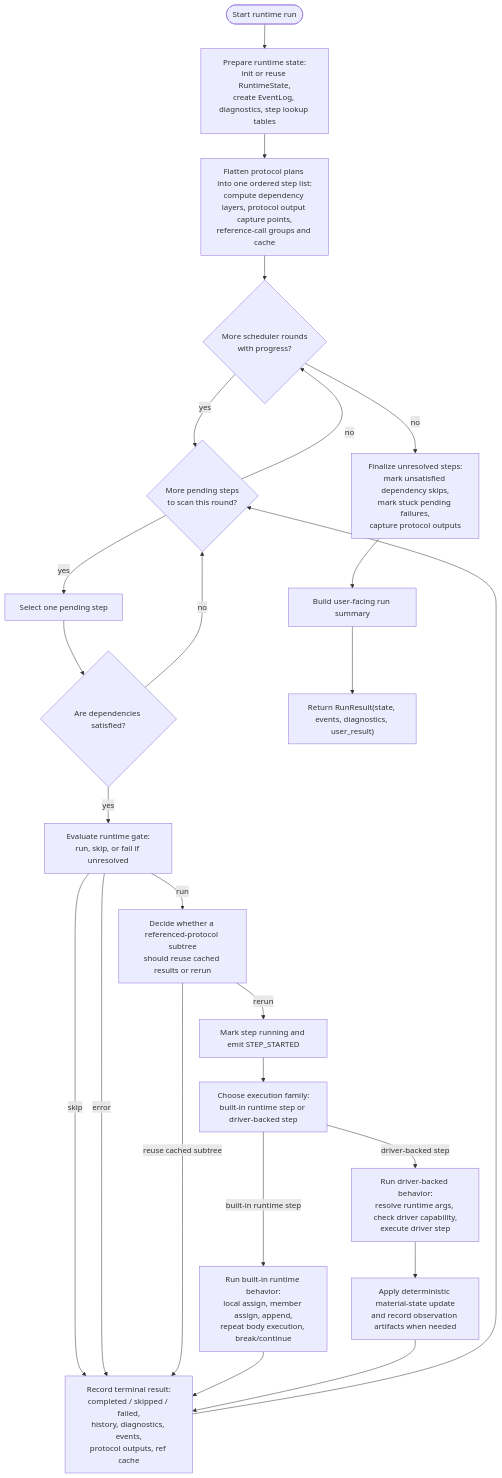
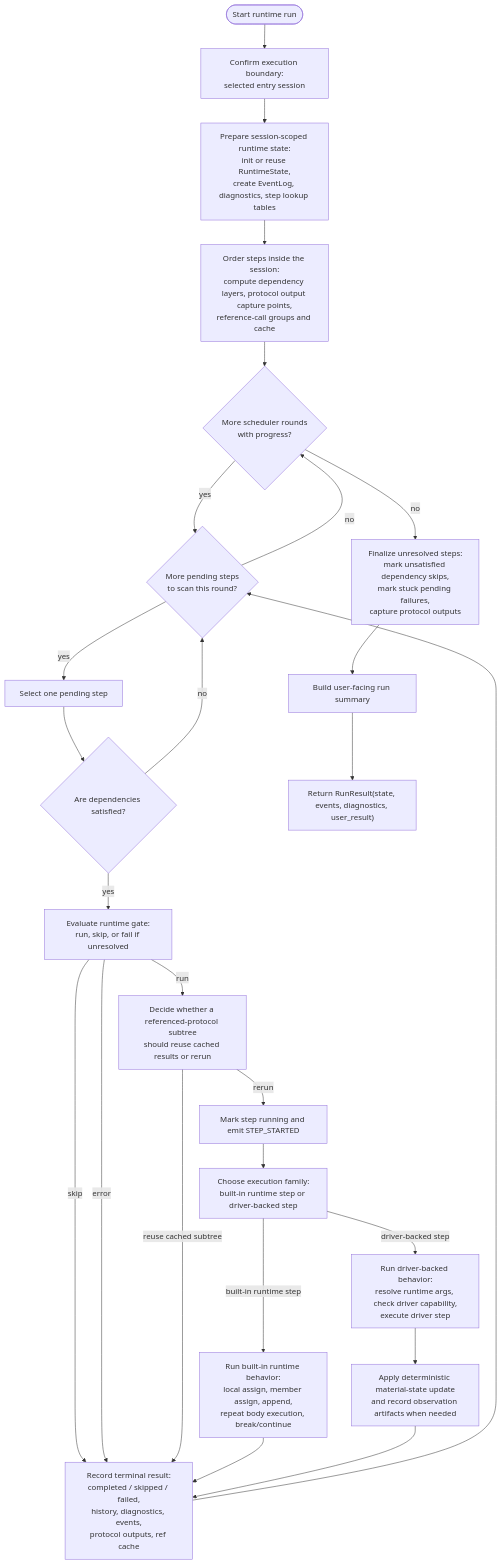
One commit to culsma/culsma changed the first of 7 diagrams in docs/architecture/runtime_module_diagrams.md. Above: the diagram before and after it, drawn with Mermaid. The commit also changed other lines of this file and 30 other files, not shown here.

Commit message:
feat: separate script entry execution

````diff
--- a/docs/architecture/runtime_module_diagrams.md
+++ b/docs/architecture/runtime_module_diagrams.md
@@ -43,46 +43,48 @@
 ```mermaid
 flowchart TB
     Start(["Start runtime run"])
-    Init["Prepare runtime state:<br/>init or reuse RuntimeState,<br/>create EventLog, diagnostics, step lookup tables"]
-    Order["Flatten protocol plans into one ordered step list:<br/>compute dependency layers, protocol output capture points,<br/>reference-call groups and cache"]
+    Boundary["Confirm execution boundary:<br/>selected entry session"]
+    Init["Prepare session-scoped runtime state:<br/>init or reuse RuntimeState,<br/>create EventLog, diagnostics, step lookup tables"]
+    Order["Order steps inside the session:<br/>compute dependency layers, protocol output capture points,<br/>reference-call groups and cache"]
     RoundLoop{"More scheduler rounds<br/>with progress?"}
     StepLoop{"More pending steps<br/>to scan this round?"}
     Select["Select one pending step"]
     Deps{"Are dependencies satisfied?"}
     Gate["Evaluate runtime gate:<br/>run, skip, or fail if unresolved"]
     Ref["Decide whether a referenced-protocol subtree<br/>should reuse cached results or rerun"]
     StartStep["Mark step running and emit STEP_STARTED"]
     Family["Choose execution family:<br/>built-in runtime step or driver-backed step"]
     BuiltIn["Run built-in runtime behavior:<br/>local assign, member assign, append,<br/>repeat body execution, break/continue"]
     DriverPath["Run driver-backed behavior:<br/>resolve runtime args, check driver capability,<br/>execute driver step"]
     Material["Apply deterministic material-state update<br/>and record observation artifacts when needed"]
     Finish["Record terminal result:<br/>completed / skipped / failed,<br/>history, diagnostics, events,<br/>protocol outputs, ref cache"]
     Finalize["Finalize unresolved steps:<br/>mark unsatisfied dependency skips,<br/>mark stuck pending failures,<br/>capture protocol outputs"]
     Build["Build user-facing run summary"]
     Return["Return RunResult(state, events, diagnostics, user_result)"]
 
-    Start --> Init
+    Start --> Boundary
+    Boundary --> Init
     Init --> Order
     Order --> RoundLoop
     RoundLoop -->|yes| StepLoop
     StepLoop -->|yes| Select
     Select --> Deps
     Deps -->|no| StepLoop
     Deps -->|yes| Gate
     Gate -->|skip| Finish
     Gate -->|error| Finish
     Gate -->|run| Ref
     Ref -->|reuse cached subtree| Finish
     Ref -->|rerun| StartStep
     StartStep --> Family
     Family -->|built-in runtime step| BuiltIn
     Family -->|driver-backed step| DriverPath
     BuiltIn --> Finish
     DriverPath --> Material
     Material --> Finish
     Finish --> StepLoop
     StepLoop -->|no| RoundLoop
     RoundLoop -->|no| Finalize
     Finalize --> Build
     Build --> Return
 ```
````
